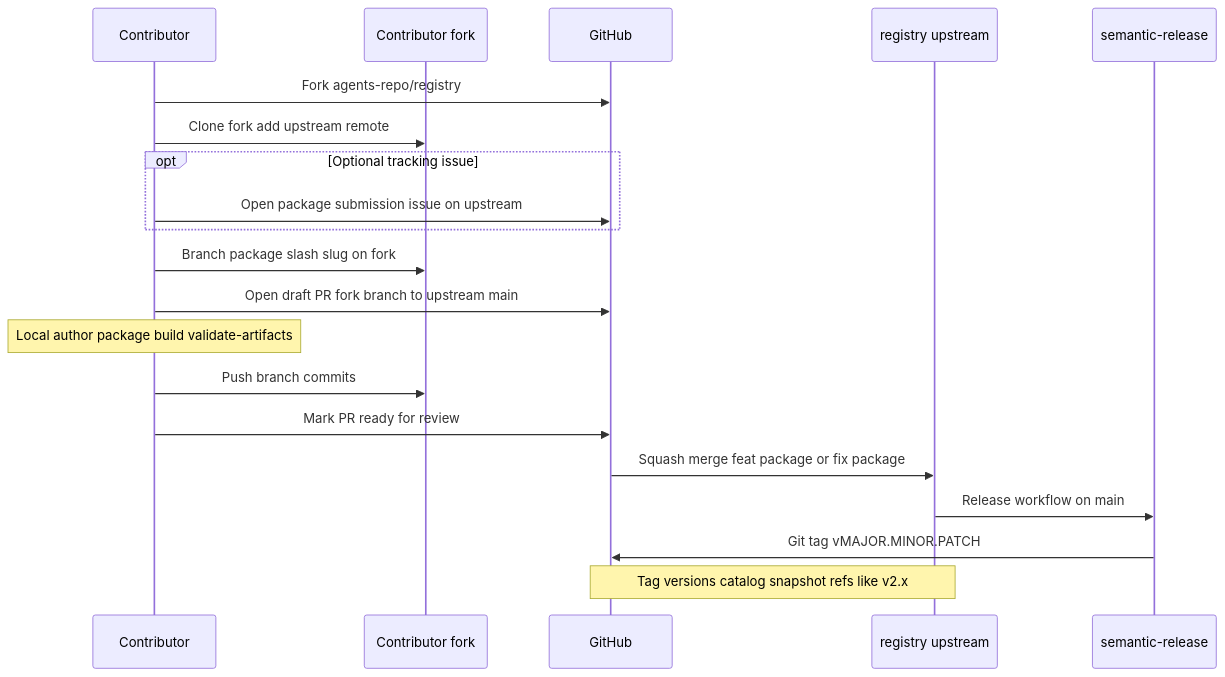
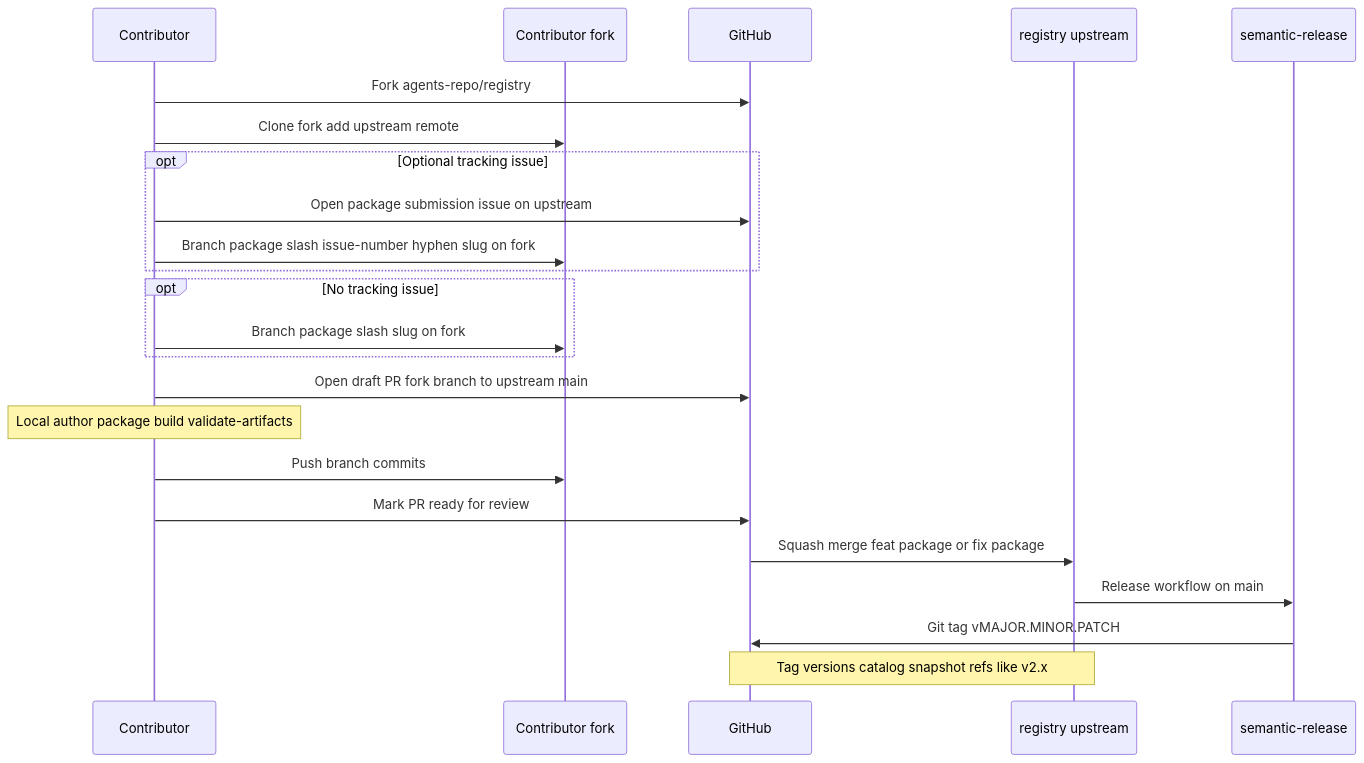
Before and after one commit to agents-repo/.github: the second of 4 diagrams in docs/ecosystem.md, drawn with Mermaid. The commit also changed 1 other file, not shown here.

Commit message:
docs: complete package exception branch and Related Issues guidance
Org workflow exception now matches registry CONTRIBUTING; ecosystem diagram
branches on issue-number vs slug-only package branch patterns.

````diff
--- a/docs/ecosystem.md
+++ b/docs/ecosystem.md
@@ -84,23 +84,26 @@
 ```mermaid
 sequenceDiagram
   participant C as Contributor
   participant F as Contributor fork
   participant GH as GitHub
   participant R as registry upstream
   participant SR as semantic-release
 
   C->>GH: Fork agents-repo/registry
   C->>F: Clone fork add upstream remote
   opt Optional tracking issue
     C->>GH: Open package submission issue on upstream
+    C->>F: Branch package slash issue-number hyphen slug on fork
   end
-  C->>F: Branch package slash slug on fork
+  opt No tracking issue
+    C->>F: Branch package slash slug on fork
+  end
   C->>GH: Open draft PR fork branch to upstream main
   Note over C: Local author package build validate-artifacts
   C->>F: Push branch commits
   C->>GH: Mark PR ready for review
   GH->>R: Squash merge feat package or fix package
   R->>SR: Release workflow on main
   SR->>GH: Git tag vMAJOR.MINOR.PATCH
   Note over R,GH: Tag versions catalog snapshot refs like v2.x
 ```
````
